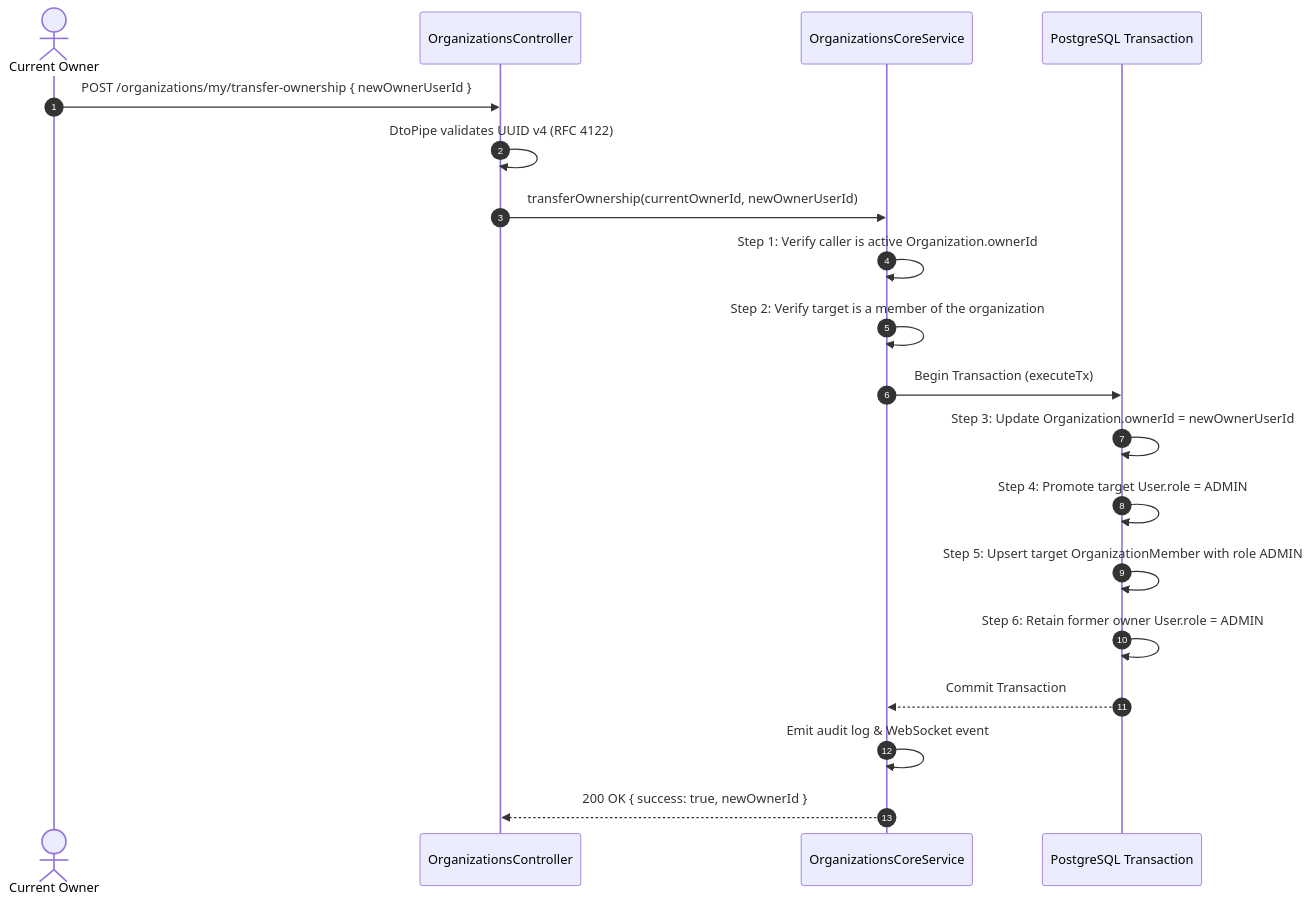
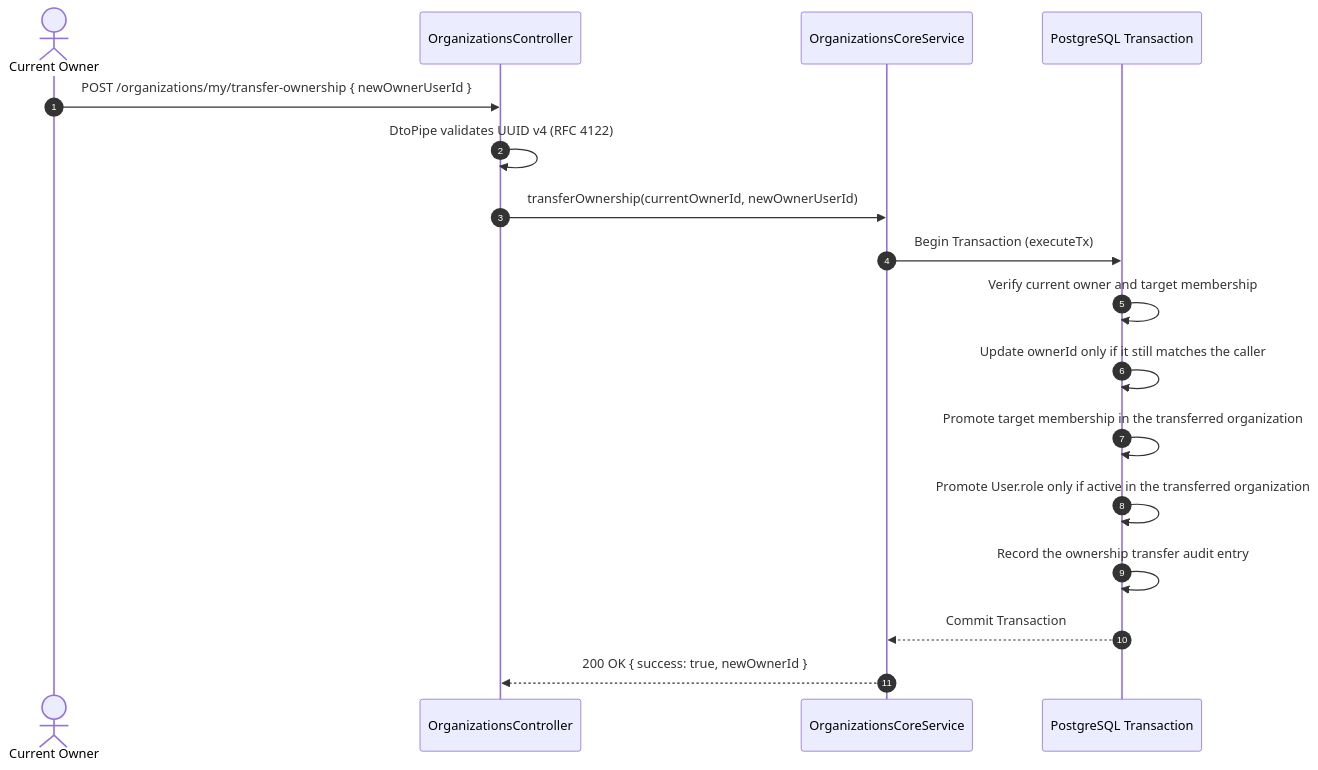
One commit to ntuan2502/haihire changed the second of 2 diagrams in docs/architecture/security-rbac.md. Above: the diagram before and after it, drawn with Mermaid. The commit also changed other lines of this file and 7 other files, not shown here.

Commit message:
fix(rbac): scope ownership transfer to the active organization

````diff
--- a/docs/architecture/security-rbac.md
+++ b/docs/architecture/security-rbac.md
@@ -188,22 +188,20 @@
 ```mermaid
 sequenceDiagram
     autonumber
     actor Owner as Current Owner
     participant API as OrganizationsController
     participant Core as OrganizationsCoreService
     participant DB as PostgreSQL Transaction
 
     Owner->>API: POST /organizations/my/transfer-ownership { newOwnerUserId }
     API->>API: DtoPipe validates UUID v4 (RFC 4122)
     API->>Core: transferOwnership(currentOwnerId, newOwnerUserId)
-    Core->>Core: Step 1: Verify caller is active Organization.ownerId
-    Core->>Core: Step 2: Verify target is a member of the organization
     Core->>DB: Begin Transaction (executeTx)
-    DB->>DB: Step 3: Update Organization.ownerId = newOwnerUserId
-    DB->>DB: Step 4: Promote target User.role = ADMIN
-    DB->>DB: Step 5: Upsert target OrganizationMember with role ADMIN
-    DB->>DB: Step 6: Retain former owner User.role = ADMIN
+    DB->>DB: Verify current owner and target membership
+    DB->>DB: Update ownerId only if it still matches the caller
+    DB->>DB: Promote target membership in the transferred organization
+    DB->>DB: Promote User.role only if active in the transferred organization
+    DB->>DB: Record the ownership transfer audit entry
     DB-->>Core: Commit Transaction
-    Core->>Core: Emit audit log & WebSocket event
     Core-->>API: 200 OK { success: true, newOwnerId }
 ```
````
